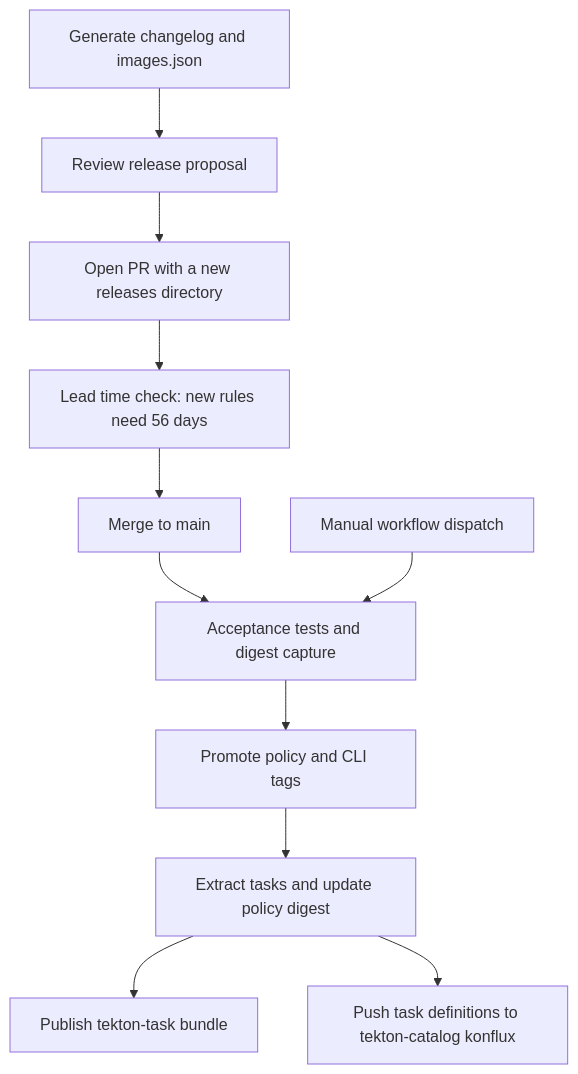
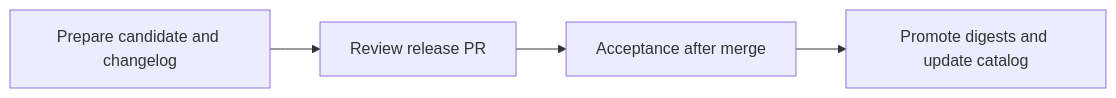
Before and after one commit to conforma/infra-deployments-ci: the diagram in docs/RELEASE_WORKFLOW.md, drawn with Mermaid. The commit also changed other lines of this file and 2 other files, not shown here.

Commit message:
docs: explain preparation acceptance publication and recovery

````diff
--- a/docs/RELEASE_WORKFLOW.md
+++ b/docs/RELEASE_WORKFLOW.md
@@ -7,13 +7,6 @@
 ```mermaid
-flowchart TD
-  A[Generate changelog and images.json] --> B[Review release proposal]
-  B --> C[Open PR with a new releases directory]
-  C --> D[Lead time check: new rules need 56 days]
-  D --> E[Merge to main]
-  E --> F[Acceptance tests and digest capture]
-  M[Manual workflow dispatch] --> F
-  F --> G[Promote policy and CLI tags]
-  G --> H[Extract tasks and update policy digest]
-  H --> I[Publish tekton-task bundle]
-  H --> J[Push task definitions to tekton-catalog konflux]
+flowchart LR
+  A[Prepare candidate and changelog] --> B[Review release PR]
+  B --> C[Acceptance after merge]
+  C --> D[Promote digests and update catalog]
 ```
````
